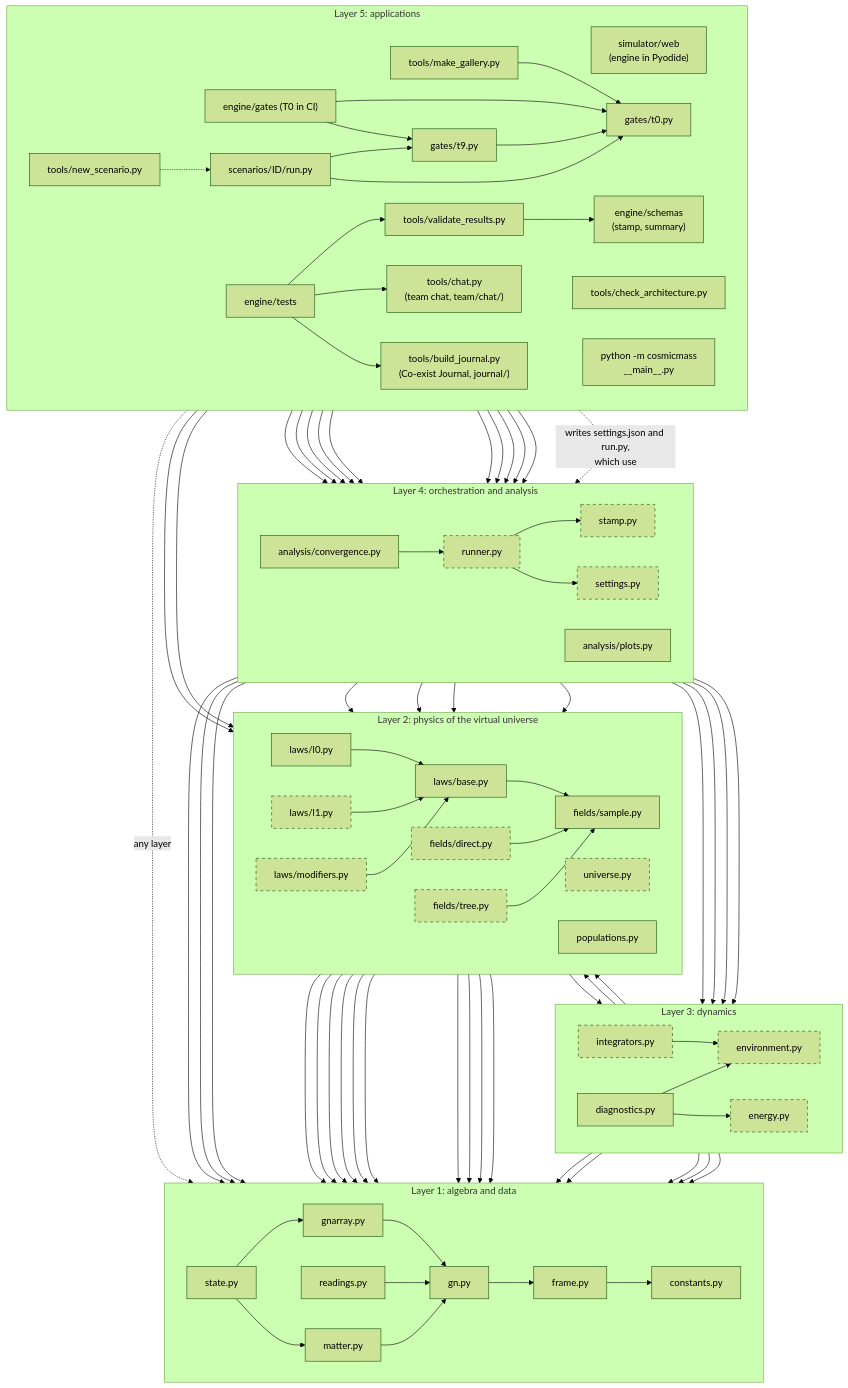
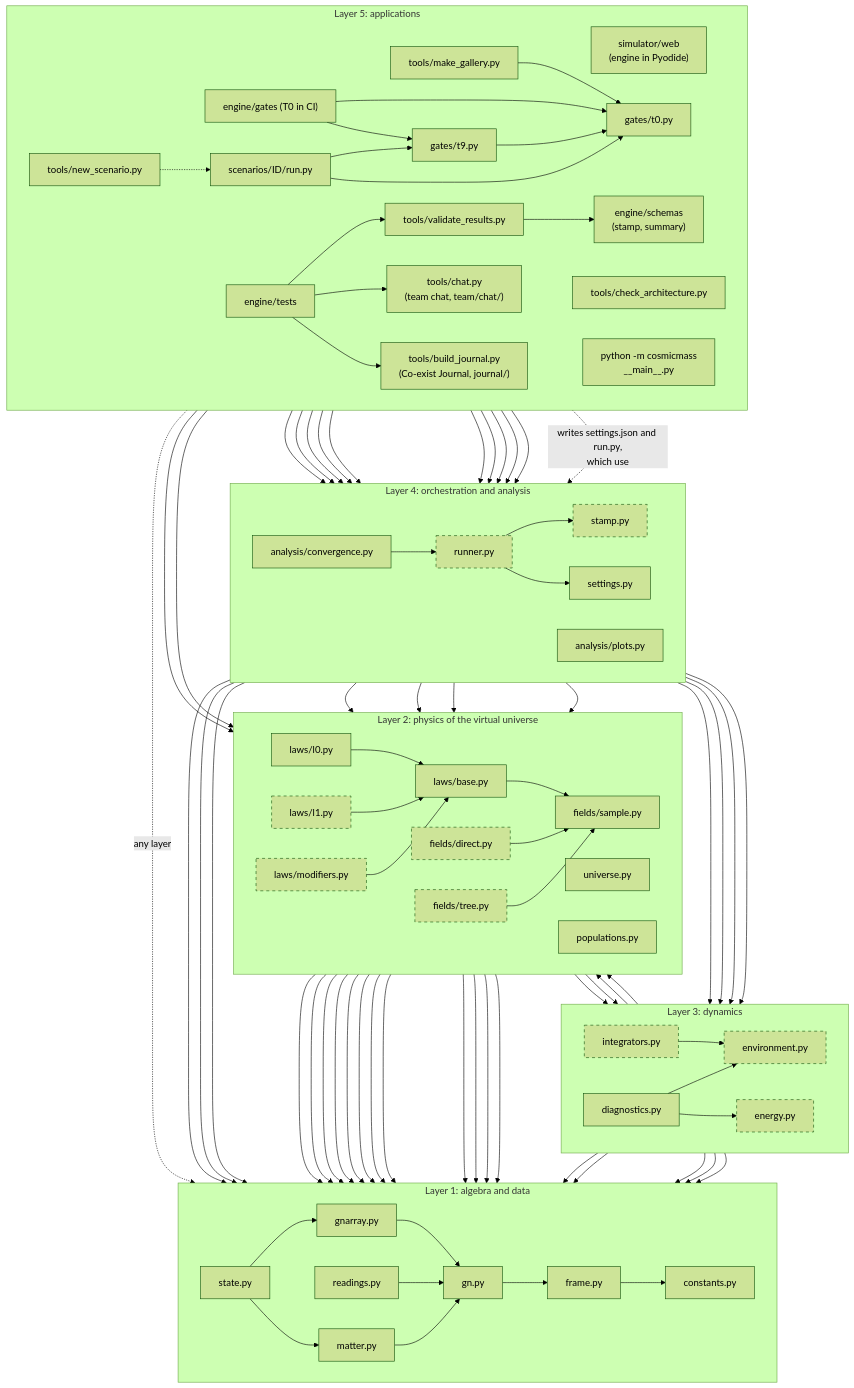
The second of 8 diagrams in ARCHITECTURE.md (isaacmindx-collab/cosmic-mass-lab), drawn with Mermaid (forest theme) before and after one commit. The commit also changed other lines of this file and 9 other files, not shown here.

First line of the commit message:
E5.2: Universe (settings U1-U7 validated in one place), and the rest of E5.3 (named laws)

```diff
--- a/ARCHITECTURE.md
+++ b/ARCHITECTURE.md
@@ -162,7 +162,7 @@
         direction LR
         runner["runner.py"]:::planned
         stamp["stamp.py"]:::planned
-        settings["settings.py"]:::planned
+        settings["settings.py"]
         convergence["analysis/convergence.py"]
         plots["analysis/plots.py"]
     end
@@ -184,7 +184,7 @@
         l0["laws/l0.py"]
         l1["laws/l1.py"]:::planned
         modifiers["laws/modifiers.py"]:::planned
-        universe["universe.py"]:::planned
+        universe["universe.py"]
         populations["populations.py"]
     end
 
@@ -263,6 +263,9 @@
     fields --> constants
     fieldsfast --> gnarray
     universe --> frame
+    universe --> constants
+    universe --> matter
+    universe --> environment
     populations --> matter
     populations --> state
     populations --> environment
```
